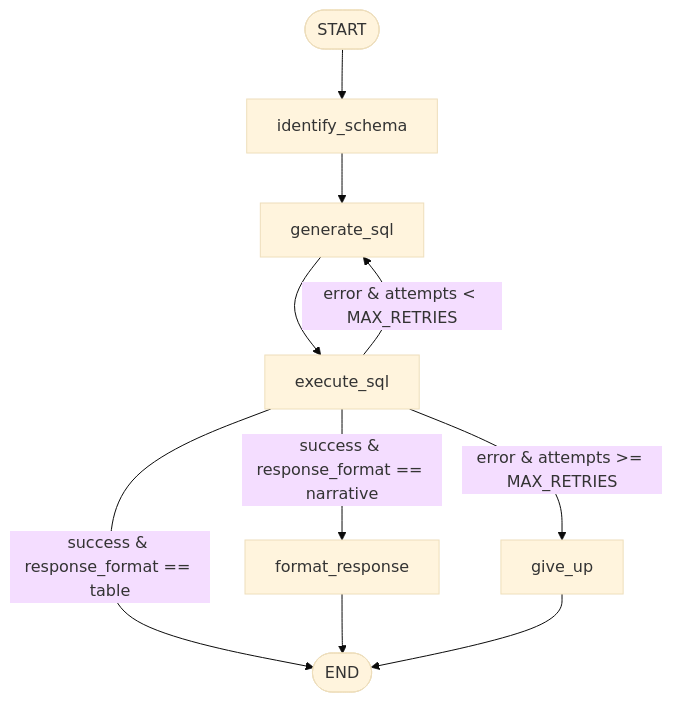
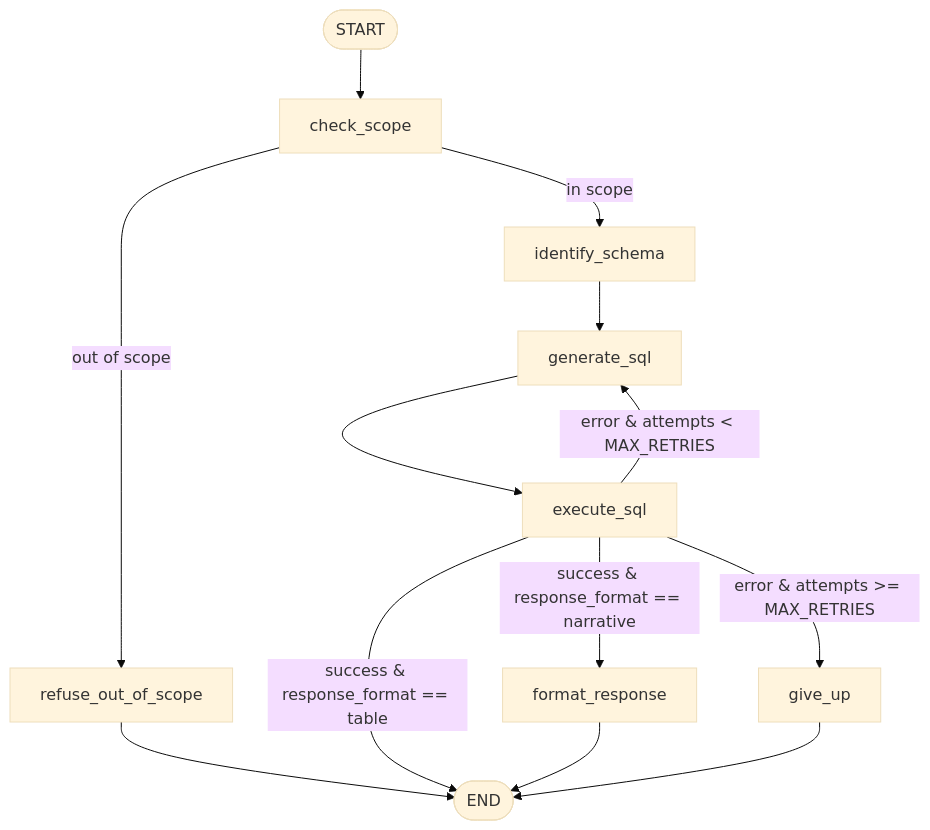
One commit to sunnykwong20/nba_text_to_sql_project changed the diagram in README.md. Above: the diagram before and after it, drawn with Mermaid (base theme). The commit also changed other lines of this file and 7 other files, not shown here.

Commit message:
adds refuse_out_of_scope and check_scope nodes to Agent. Makes changes to README

````diff
--- a/README.md
+++ b/README.md
@@ -17,12 +18,15 @@
 ```mermaid
 graph TD
-    Start([START]) --> identify_schema[identify_schema]
+    Start([START]) --> check_scope[check_scope]
+    check_scope -- "in scope" --> identify_schema[identify_schema]
+    check_scope -- "out of scope" --> refuse_out_of_scope[refuse_out_of_scope]
+    refuse_out_of_scope --> End([END])
     identify_schema --> generate_sql[generate_sql]
     generate_sql --> execute_sql[execute_sql]
     execute_sql -- "error & attempts < MAX_RETRIES" --> generate_sql
     execute_sql -- "error & attempts >= MAX_RETRIES" --> give_up[give_up]
-    execute_sql -- "success & response_format == table" --> End([END])
+    execute_sql -- "success & response_format == table" --> End
     execute_sql -- "success & response_format == narrative" --> format_response[format_response]
     format_response --> End
     give_up --> End
 ```
````
